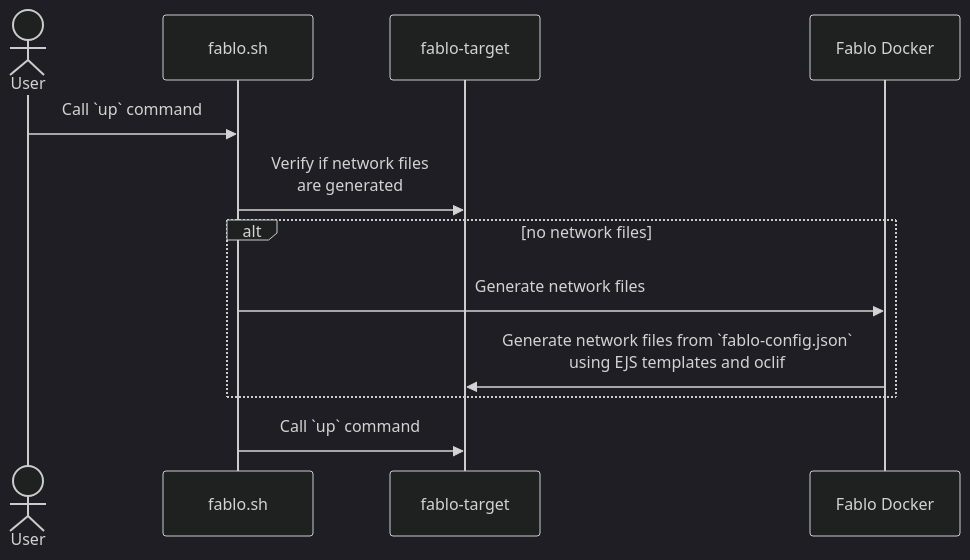
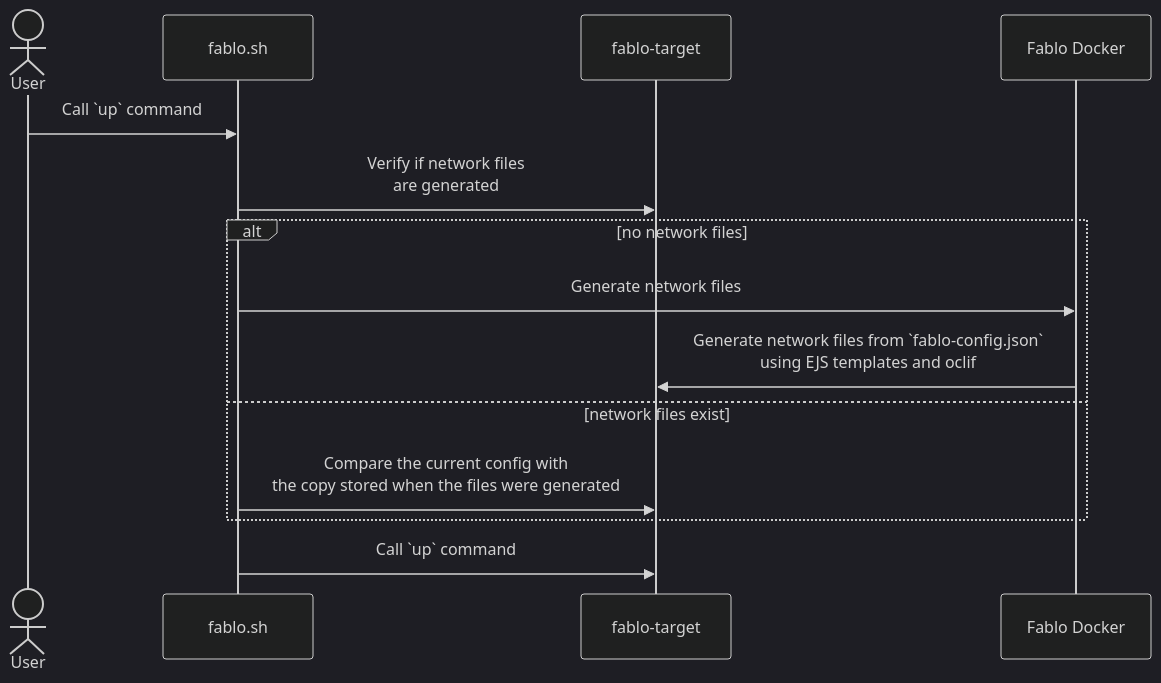
One commit to hyperledger-labs/fablo changed the diagram in ARCHITECTURE.md. Above: the diagram before and after it, drawn with Mermaid (dark theme). The commit also changed other lines of this file and 11 other files, not shown here.

````diff
--- a/ARCHITECTURE.md
+++ b/ARCHITECTURE.md
@@ -7,12 +7,14 @@
 ```mermaid
 sequenceDiagram
   actor User
     User ->> fablo.sh: Call `up` command
     fablo.sh ->> fablo-target: Verify if network files<br/>are generated
     alt no network files
       fablo.sh ->> Fablo Docker: Generate network files
       Fablo Docker ->> fablo-target: Generate network files from `fablo-config.json`<br>using EJS templates and oclif
+    else network files exist
+      fablo.sh ->> fablo-target: Compare the current config with<br/>the copy stored when the files were generated
     end
     fablo.sh ->> fablo-target: Call `up` command
 
 ```
````
